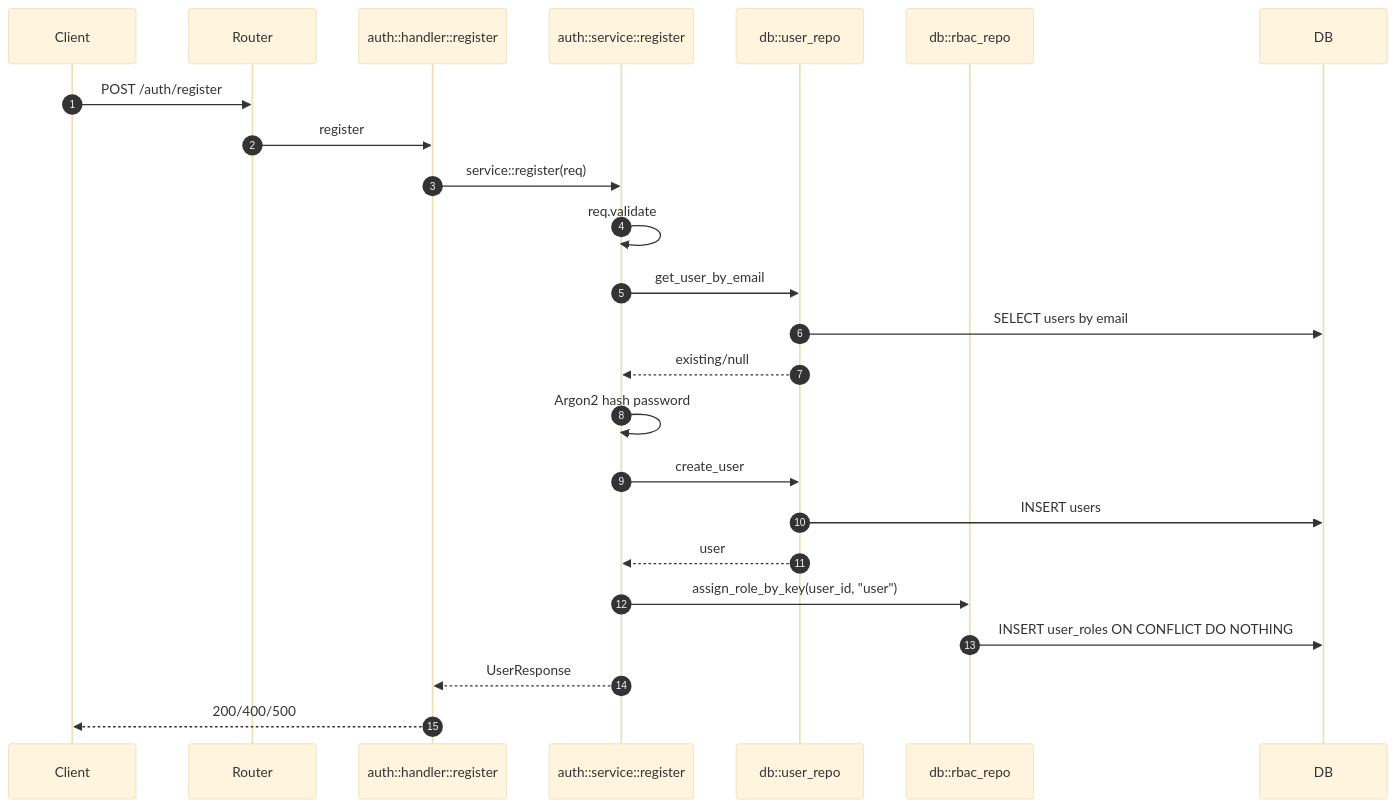
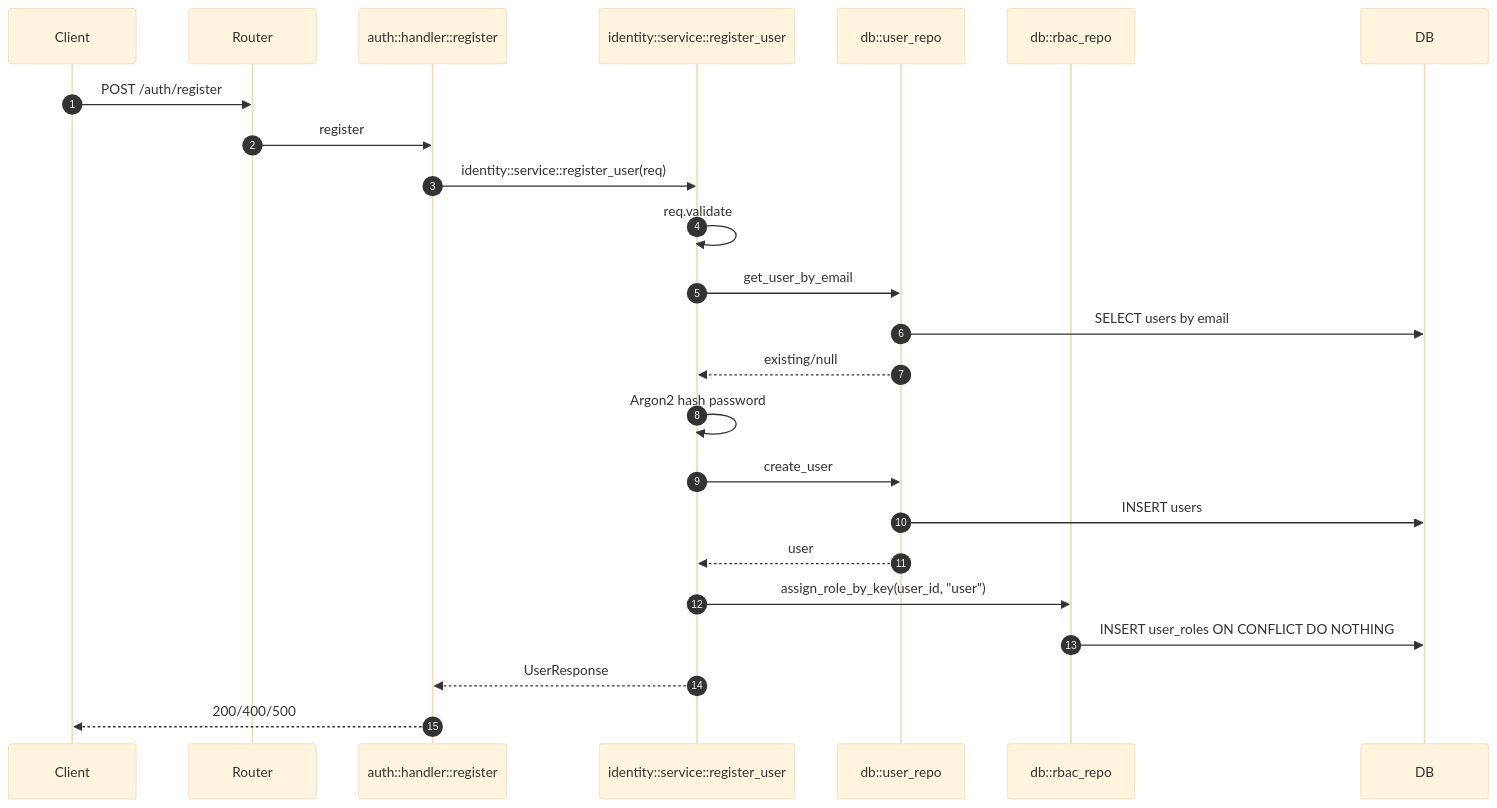
One commit to jianghs/babyegg-serve changed the first of 9 diagrams in README.md. Above: the diagram before and after it, drawn with Mermaid (base theme). The commit also changed other lines of this file and 1 other file, not shown here.

Commit message:
docs(readme): sync auth and rbac architecture notes

````diff
--- a/README.md
+++ b/README.md
@@ -69,27 +100,27 @@
 ```mermaid
 sequenceDiagram
     autonumber
     participant Client
     participant Router
     participant Handler as auth::handler::register
-    participant Service as auth::service::register
+    participant Service as identity::service::register_user
     participant UserRepo as db::user_repo
     participant RbacRepo as db::rbac_repo
     participant DB
 
     Client->>Router: POST /auth/register
     Router->>Handler: register
-    Handler->>Service: service::register(req)
+    Handler->>Service: identity::service::register_user(req)
     Service->>Service: req.validate
     Service->>UserRepo: get_user_by_email
     UserRepo->>DB: SELECT users by email
     UserRepo-->>Service: existing/null
     Service->>Service: Argon2 hash password
     Service->>UserRepo: create_user
     UserRepo->>DB: INSERT users
     UserRepo-->>Service: user
     Service->>RbacRepo: assign_role_by_key(user_id, "user")
     RbacRepo->>DB: INSERT user_roles ON CONFLICT DO NOTHING
     Service-->>Handler: UserResponse
     Handler-->>Client: 200/400/500
 ```
````
